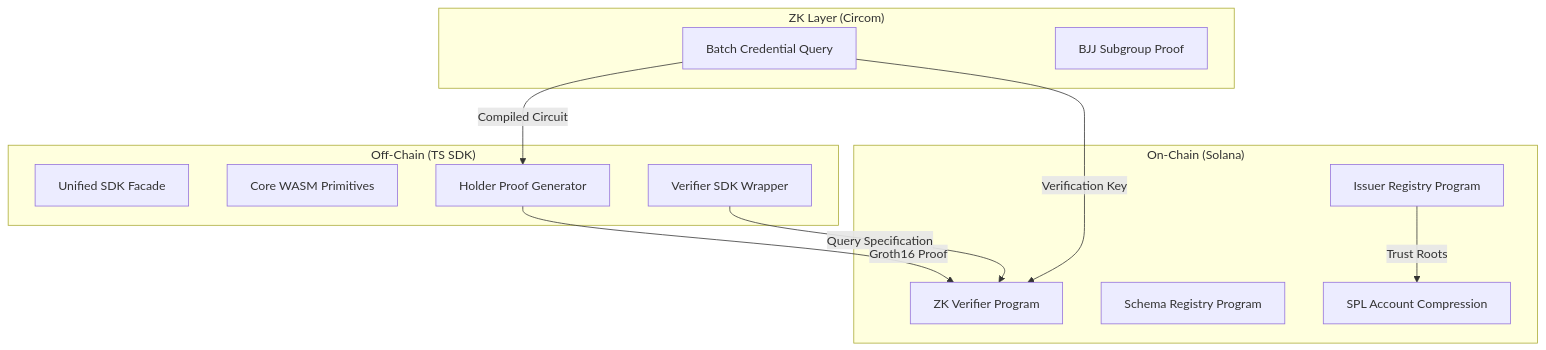
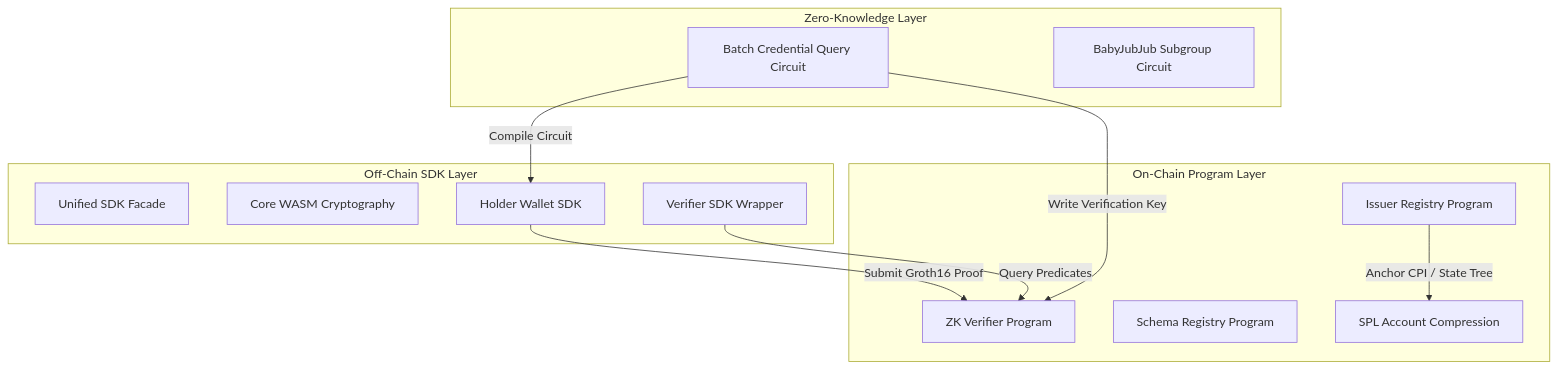
Before and after one commit to akash-R-A-J/solid-protocol: the diagram in README.md, drawn with Mermaid. The commit also changed other lines of this file and 1 other file, not shown here.

````diff
--- a/README.md
+++ b/README.md
@@ -55,27 +39,27 @@
 ```mermaid
 graph TD
-    subgraph "On-Chain (Solana)"
+    subgraph On-Chain Program Layer
         VR[ZK Verifier Program]
         IR[Issuer Registry Program]
         SR[Schema Registry Program]
         AC[SPL Account Compression]
     end
 
-    subgraph "Off-Chain (TS SDK)"
+    subgraph Off-Chain SDK Layer
         SDK[Unified SDK Facade]
-        Core[Core WASM Primitives]
-        Holder[Holder Proof Generator]
+        Core[Core WASM Cryptography]
+        Holder[Holder Wallet SDK]
         Verifier[Verifier SDK Wrapper]
     end
 
-    subgraph "ZK Layer (Circom)"
-        BCQ[Batch Credential Query]
-        BSP[BJJ Subgroup Proof]
+    subgraph Zero-Knowledge Layer
+        BCQ[Batch Credential Query Circuit]
+        BSP[BabyJubJub Subgroup Circuit]
     end
 
-    Holder -->|Groth16 Proof| VR
-    Verifier -->|Query Specification| VR
-    IR -->|Trust Roots| AC
-    BCQ -->|Compiled Circuit| Holder
-    BCQ -->|Verification Key| VR
+    Holder -->|Submit Groth16 Proof| VR
+    Verifier -->|Query Predicates| VR
+    IR -->|Anchor CPI / State Tree| AC
+    BCQ -->|Compile Circuit| Holder
+    BCQ -->|Write Verification Key| VR
 ```
````
